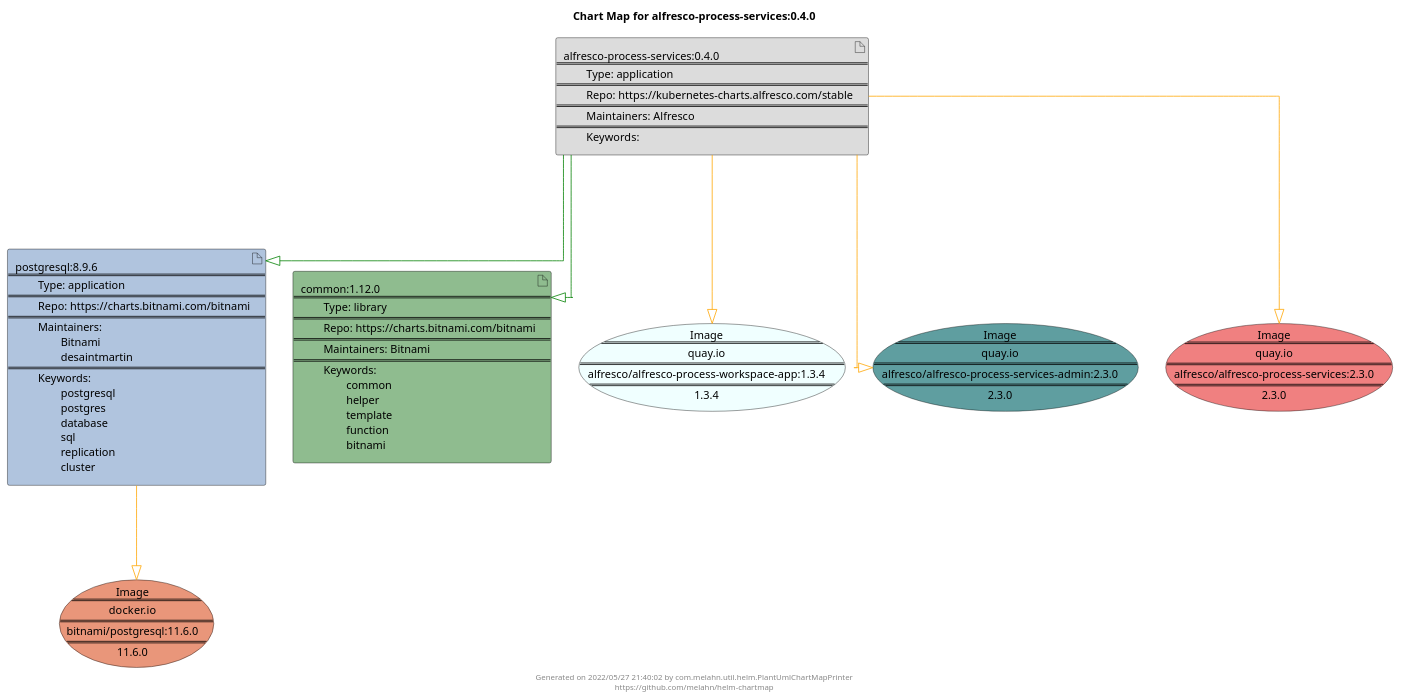
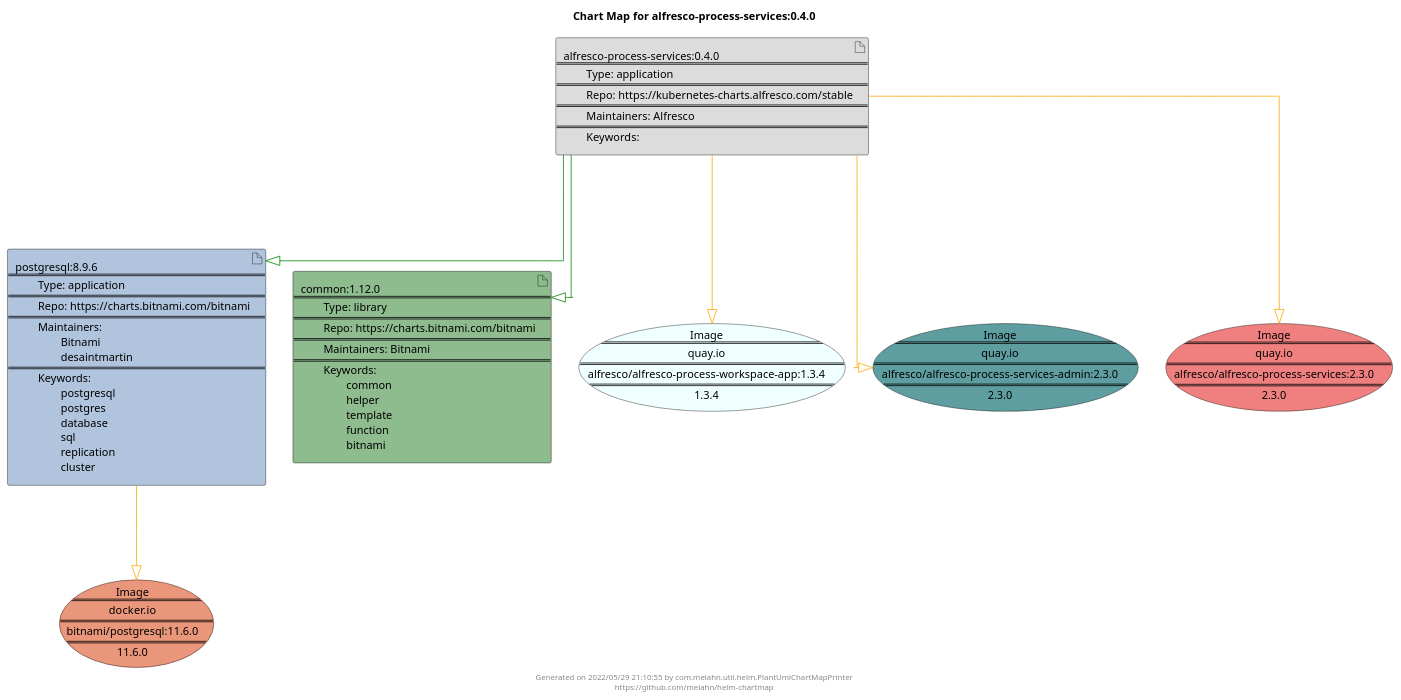
One commit to melahn/helm-chartmap changed the diagram in docs/alfresco-process-services/alfresco-process-services-0.4.0.puml. Above: the diagram before and after it, drawn with PlantUML. The commit also changed 63 other files, not shown here.

Commit message:
Update Example Chart Maps as part of GitHub build

```diff
--- a/docs/alfresco-process-services/alfresco-process-services-0.4.0.puml
+++ b/docs/alfresco-process-services/alfresco-process-services-0.4.0.puml
@@ -1,31 +1,31 @@
 @startuml
 skinparam linetype ortho
 skinparam backgroundColor white
 skinparam usecaseBorderColor black
 skinparam usecaseArrowColor LightSlateGray
 skinparam artifactBorderColor black
 skinparam artifactArrowColor LightSlateGray
 
 title Chart Map for alfresco-process-services:0.4.0
 
 'There are 3 referenced Helm Charts
 artifact "alfresco-process-services:0.4.0\n====\n\tType: application\n====\n\tRepo: https://kubernetes-charts.alfresco.com/stable\n====\n\tMaintainers: Alfresco\n====\n\tKeywords: " as alfresco_process_services_0_4_0 #Gainsboro
 artifact "postgresql:8.9.6\n====\n\tType: application\n====\n\tRepo: https://charts.bitnami.com/bitnami\n====\n\tMaintainers: \n\t\tBitnami\n\t\tdesaintmartin\n====\n\tKeywords: \n\t\tpostgresql\n\t\tpostgres\n\t\tdatabase\n\t\tsql\n\t\treplication\n\t\tcluster" as postgresql_8_9_6 #LightSteelBlue
 artifact "common:1.12.0\n====\n\tType: library\n====\n\tRepo: https://charts.bitnami.com/bitnami\n====\n\tMaintainers: Bitnami\n====\n\tKeywords: \n\t\tcommon\n\t\thelper\n\t\ttemplate\n\t\tfunction\n\t\tbitnami" as common_1_12_0 #DarkSeaGreen
 
 'There are 4 referenced Docker Images
 usecase "Image\n====\nquay.io\n====\nalfresco/alfresco-process-workspace-app:1.3.4\n====\n1.3.4" as quay_io_alfresco_alfresco_process_workspace_app_1_3_4 #Azure
 usecase "Image\n====\nquay.io\n====\nalfresco/alfresco-process-services-admin:2.3.0\n====\n2.3.0" as quay_io_alfresco_alfresco_process_services_admin_2_3_0 #CadetBlue
 usecase "Image\n====\ndocker.io\n====\nbitnami/postgresql:11.6.0\n====\n11.6.0" as docker_io_bitnami_postgresql_11_6_0 #DarkSalmon
 usecase "Image\n====\nquay.io\n====\nalfresco/alfresco-process-services:2.3.0\n====\n2.3.0" as quay_io_alfresco_alfresco_process_services_2_3_0 #LightCoral
 
 'Chart Dependencies
+alfresco_process_services_0_4_0--[#green]-|>postgresql_8_9_6
 alfresco_process_services_0_4_0--[#green]-|>common_1_12_0
-alfresco_process_services_0_4_0--[#green]-|>postgresql_8_9_6
 alfresco_process_services_0_4_0--[#orange]-|>quay_io_alfresco_alfresco_process_services_admin_2_3_0
 alfresco_process_services_0_4_0--[#orange]-|>quay_io_alfresco_alfresco_process_workspace_app_1_3_4
 alfresco_process_services_0_4_0--[#orange]-|>quay_io_alfresco_alfresco_process_services_2_3_0
 postgresql_8_9_6--[#orange]-|>docker_io_bitnami_postgresql_11_6_0
 
-center footer Generated on 2022/05/27 21:40:02 by com.melahn.util.helm.PlantUmlChartMapPrinter\nhttps://github.com/melahn/helm-chartmap
+center footer Generated on 2022/05/29 21:10:55 by com.melahn.util.helm.PlantUmlChartMapPrinter\nhttps://github.com/melahn/helm-chartmap
 @enduml
```
